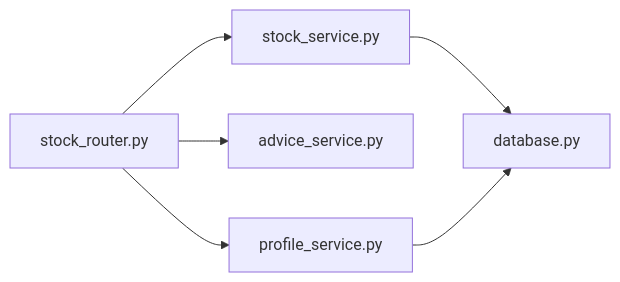
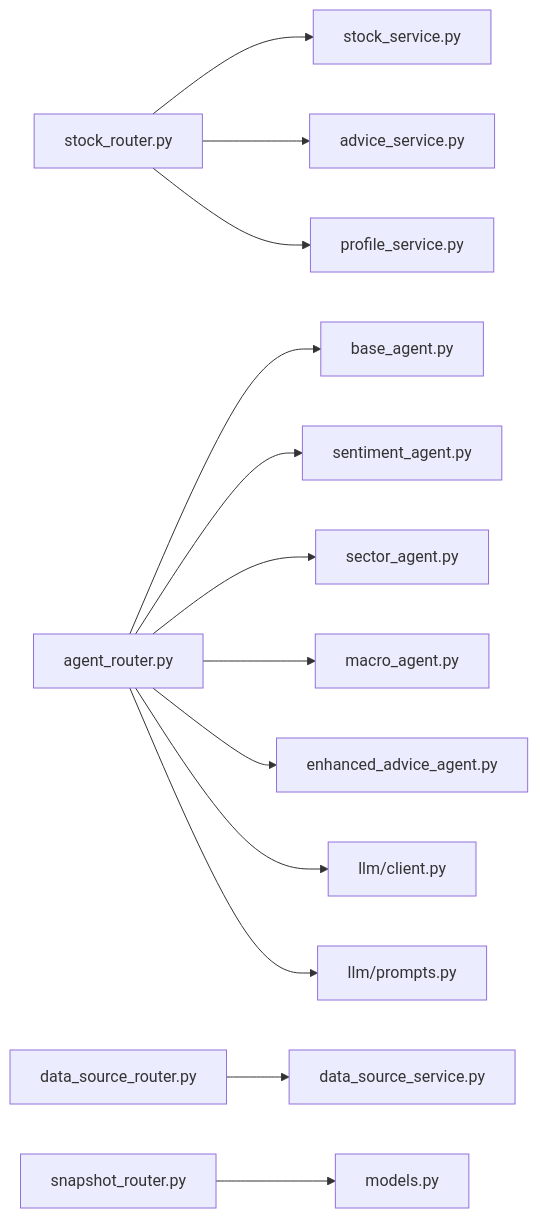
The third of 3 diagrams in .qoder/repowiki/zh/content/API接口参考/API接口参考.md (Moruime/stock_foker), drawn with Mermaid before and after one commit. The commit also changed other lines of this file and 52 other files, not shown here.

````diff
--- a/.qoder/repowiki/zh/content/API接口参考/API接口参考.md
+++ b/.qoder/repowiki/zh/content/API接口参考/API接口参考.md
@@ -348,8 +362,15 @@
 ```mermaid
 graph LR
 Router["stock_router.py"] --> StockSvc["stock_service.py"]
 Router --> AdviceSvc["advice_service.py"]
 Router --> ProfileSvc["profile_service.py"]
-StockSvc --> DB["database.py"]
-ProfileSvc --> DB
+AgentRouter["agent_router.py"] --> BaseAgent["base_agent.py"]
+AgentRouter --> SentimentAgent["sentiment_agent.py"]
+AgentRouter --> SectorAgent["sector_agent.py"]
+AgentRouter --> MacroAgent["macro_agent.py"]
+AgentRouter --> EnhancedAgent["enhanced_advice_agent.py"]
+AgentRouter --> LLMClient["llm/client.py"]
+AgentRouter --> Prompts["llm/prompts.py"]
+DSRouter["data_source_router.py"] --> DSService["data_source_service.py"]
+SnapRouter["snapshot_router.py"] --> Models["models.py"]
 ```
````
